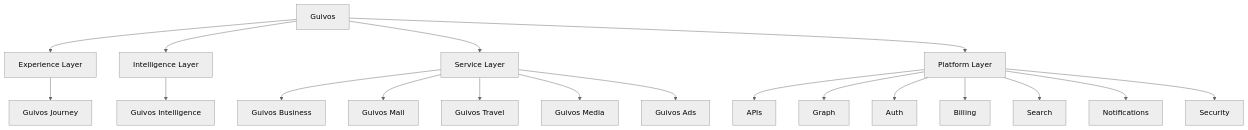
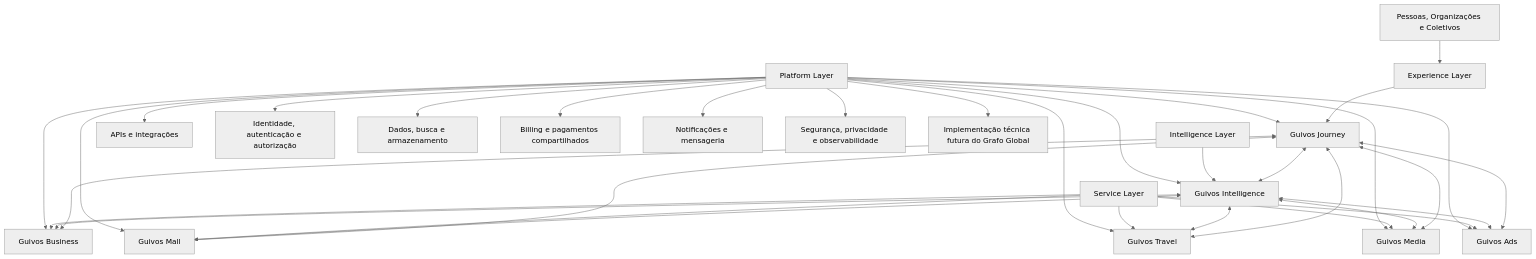
Before and after one commit to guivos-repositorio/Guivos-Knowledge-Repository: the diagram in docs/product-architecture/layered-product-architecture.md, drawn with Mermaid (neutral theme). The commit also changed other lines of this file, not shown here.

Commit message:
docs(glpa): align terminology and layer boundaries with PAS review

````diff
--- a/docs/product-architecture/layered-product-architecture.md
+++ b/docs/product-architecture/layered-product-architecture.md
@@ -31,26 +32,60 @@
 ```mermaid
-graph TD
-    G[Guivos]
+flowchart TD
+    P[Pessoas, Organizações e Coletivos]
+    EL[Experience Layer]
+    J[Guivos Journey]
+    IL[Intelligence Layer]
+    I[Guivos Intelligence]
+    SL[Service Layer]
+    B[Guivos Business]
+    M[Guivos Mall]
+    T[Guivos Travel]
+    MD[Guivos Media]
+    A[Guivos Ads]
+    PL[Platform Layer]
+    API[APIs e integrações]
+    AUTH[Identidade, autenticação e autorização]
+    DATA[Dados, busca e armazenamento]
+    BILL[Billing e pagamentos compartilhados]
+    NOTIF[Notificações e mensageria]
+    SEC[Segurança, privacidade e observabilidade]
+    GRAPH[Implementação técnica futura do Grafo Global]
 
-    G --> EL[Experience Layer]
-    EL --> J[Guivos Journey]
+    P --> EL
+    EL --> J
+    J <--> I
+    J <--> B
+    J <--> M
+    J <--> T
+    J <--> MD
+    J <--> A
 
-    G --> IL[Intelligence Layer]
-    IL --> I[Guivos Intelligence]
+    IL --> I
+    I <--> B
+    I <--> M
+    I <--> T
+    I <--> MD
+    I <--> A
 
-    G --> SL[Service Layer]
-    SL --> B[Guivos Business]
-    SL --> M[Guivos Mall]
-    SL --> T[Guivos Travel]
-    SL --> MD[Guivos Media]
-    SL --> A[Guivos Ads]
+    SL --> B
+    SL --> M
+    SL --> T
+    SL --> MD
+    SL --> A
 
-    G --> PL[Platform Layer]
-    PL --> API[APIs]
-    PL --> GR[Graph]
-    PL --> AUTH[Auth]
-    PL --> BILL[Billing]
-    PL --> SEARCH[Search]
-    PL --> NOTIF[Notifications]
-    PL --> SEC[Security]
+    PL --> J
+    PL --> I
+    PL --> B
+    PL --> M
+    PL --> T
+    PL --> MD
+    PL --> A
+
+    PL --> API
+    PL --> AUTH
+    PL --> DATA
+    PL --> BILL
+    PL --> NOTIF
+    PL --> SEC
+    PL --> GRAPH
 ```
````
